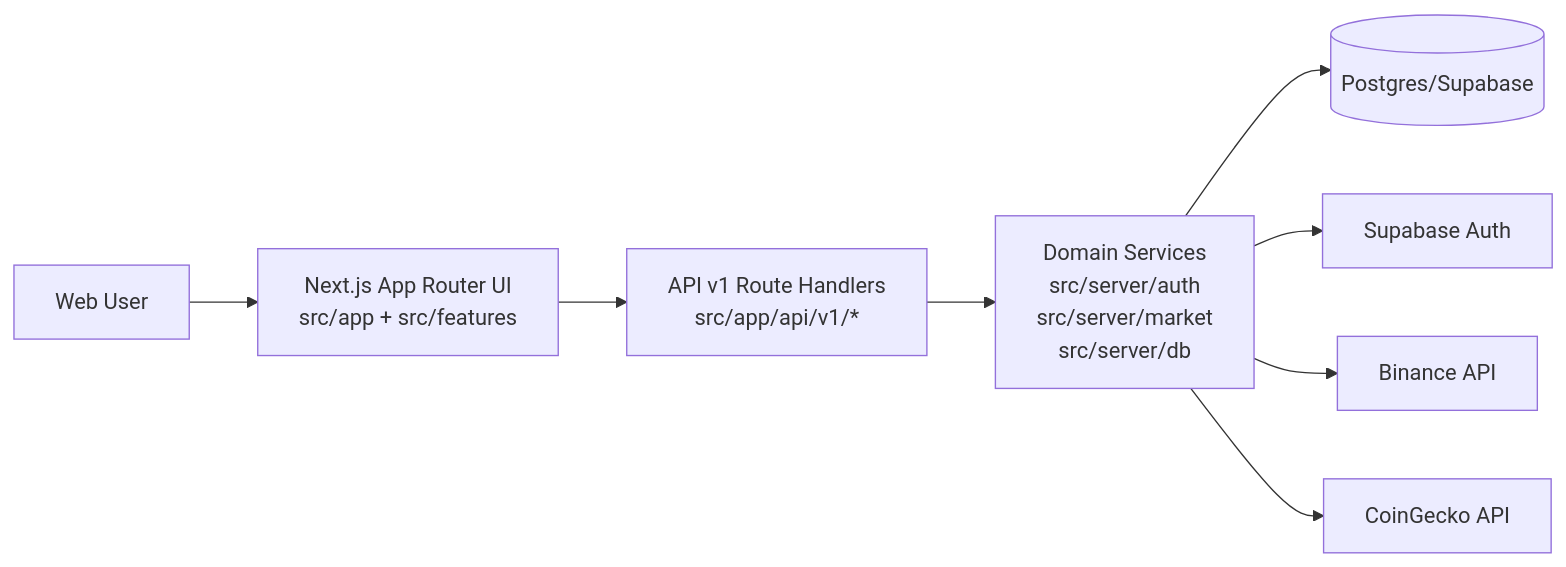
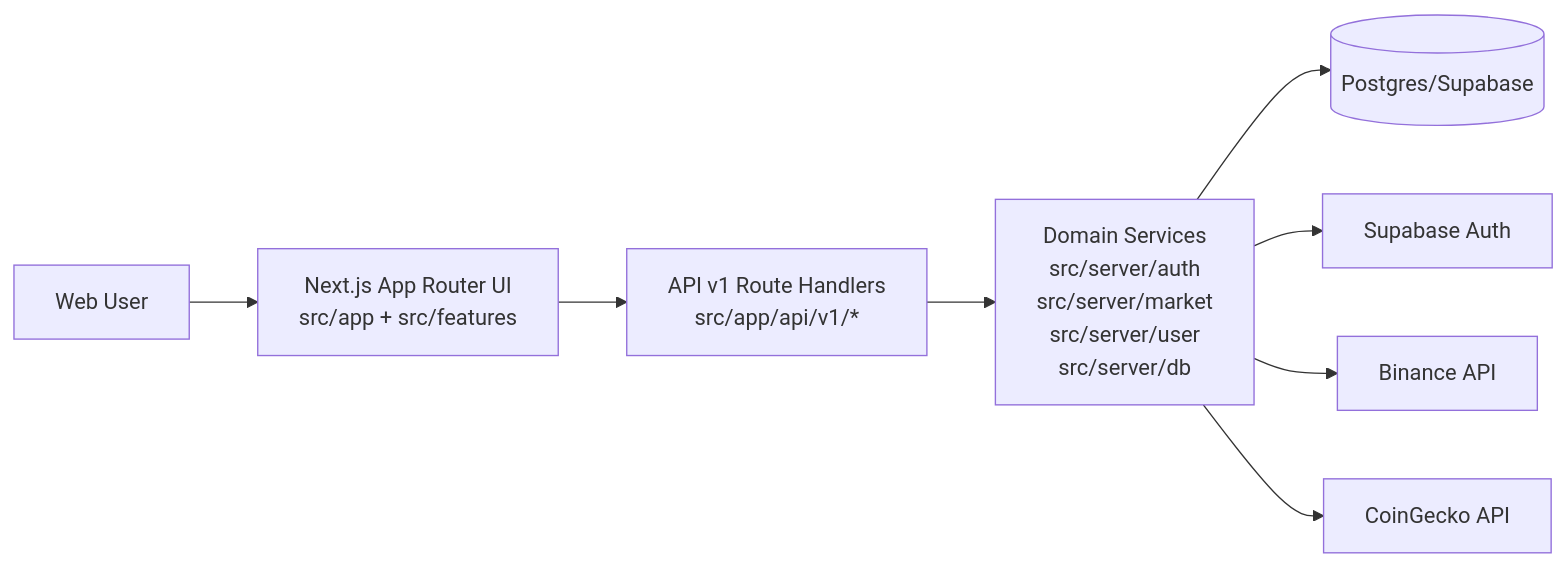
The diagram in docs/00-system-map.md (khoaskrt/RYEX), drawn with Mermaid before and after one commit. The commit also changed other lines of this file and 52 other files, not shown here.

````diff
--- a/docs/00-system-map.md
+++ b/docs/00-system-map.md
@@ -37,10 +39,10 @@
 ```mermaid
 flowchart LR
   U[Web User] --> UI[Next.js App Router UI<br/>src/app + src/features]
   UI --> API[API v1 Route Handlers<br/>src/app/api/v1/*]
-  API --> SVC[Domain Services<br/>src/server/auth<br/>src/server/market<br/>src/server/db]
+  API --> SVC[Domain Services<br/>src/server/auth<br/>src/server/market<br/>src/server/user<br/>src/server/db]
   SVC --> DB[(Postgres/Supabase)]
   SVC --> FB[Supabase Auth]
   SVC --> BZ[Binance API]
   SVC --> CG[CoinGecko API]
 ```
````
